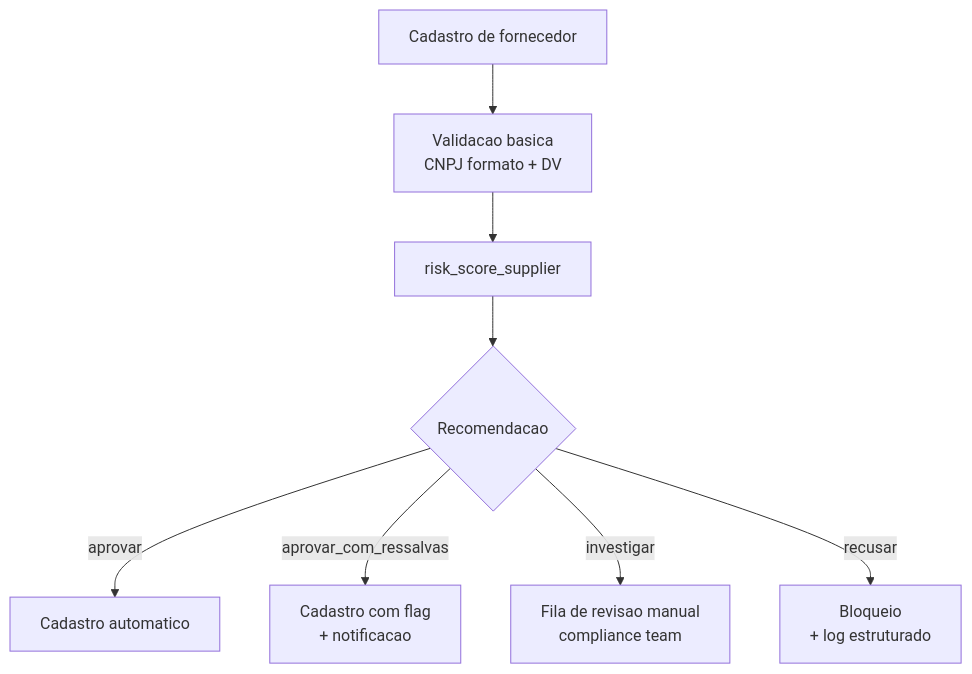
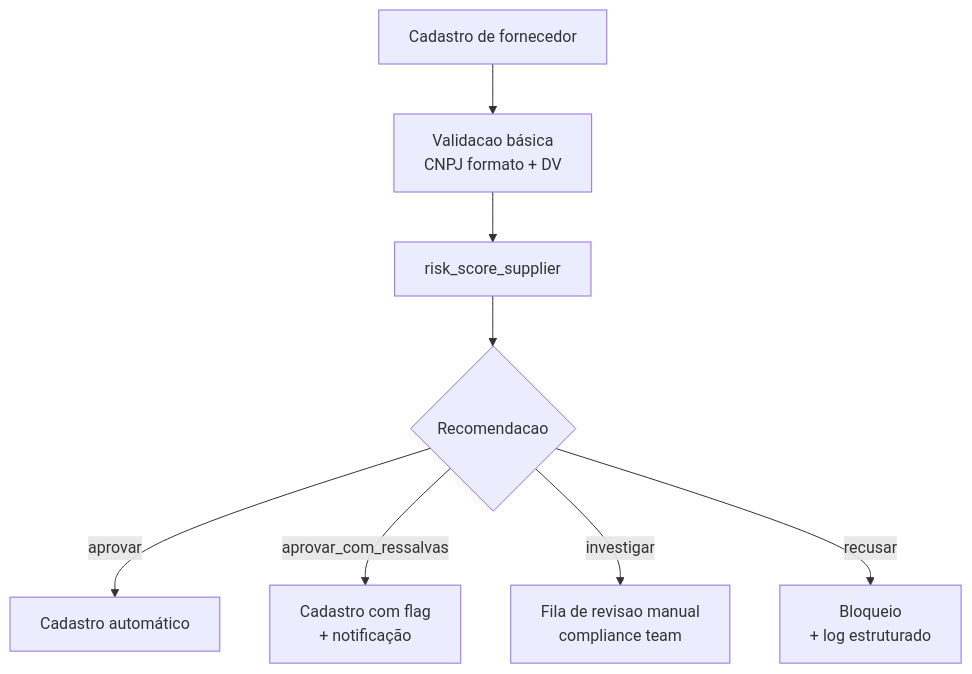
The diagram in docs/use-cases/due-diligence.md (nikolasdehor/mcp-fiscal-brasil), drawn with Mermaid before and after one commit. The commit also changed other lines of this file and 82 other files, not shown here.

````diff
--- a/docs/use-cases/due-diligence.md
+++ b/docs/use-cases/due-diligence.md
@@ -24,10 +24,10 @@
 ```mermaid
 flowchart TD
-    A[Cadastro de fornecedor] --> B[Validacao basica<br/>CNPJ formato + DV]
+    A[Cadastro de fornecedor] --> B[Validacao básica<br/>CNPJ formato + DV]
     B --> C[risk_score_supplier]
     C --> D{Recomendacao}
-    D -->|aprovar| E[Cadastro automatico]
-    D -->|aprovar_com_ressalvas| F[Cadastro com flag<br/>+ notificacao]
+    D -->|aprovar| E[Cadastro automático]
+    D -->|aprovar_com_ressalvas| F[Cadastro com flag<br/>+ notificação]
     D -->|investigar| G[Fila de revisao manual<br/>compliance team]
     D -->|recusar| H[Bloqueio<br/>+ log estruturado]
 ```
````
